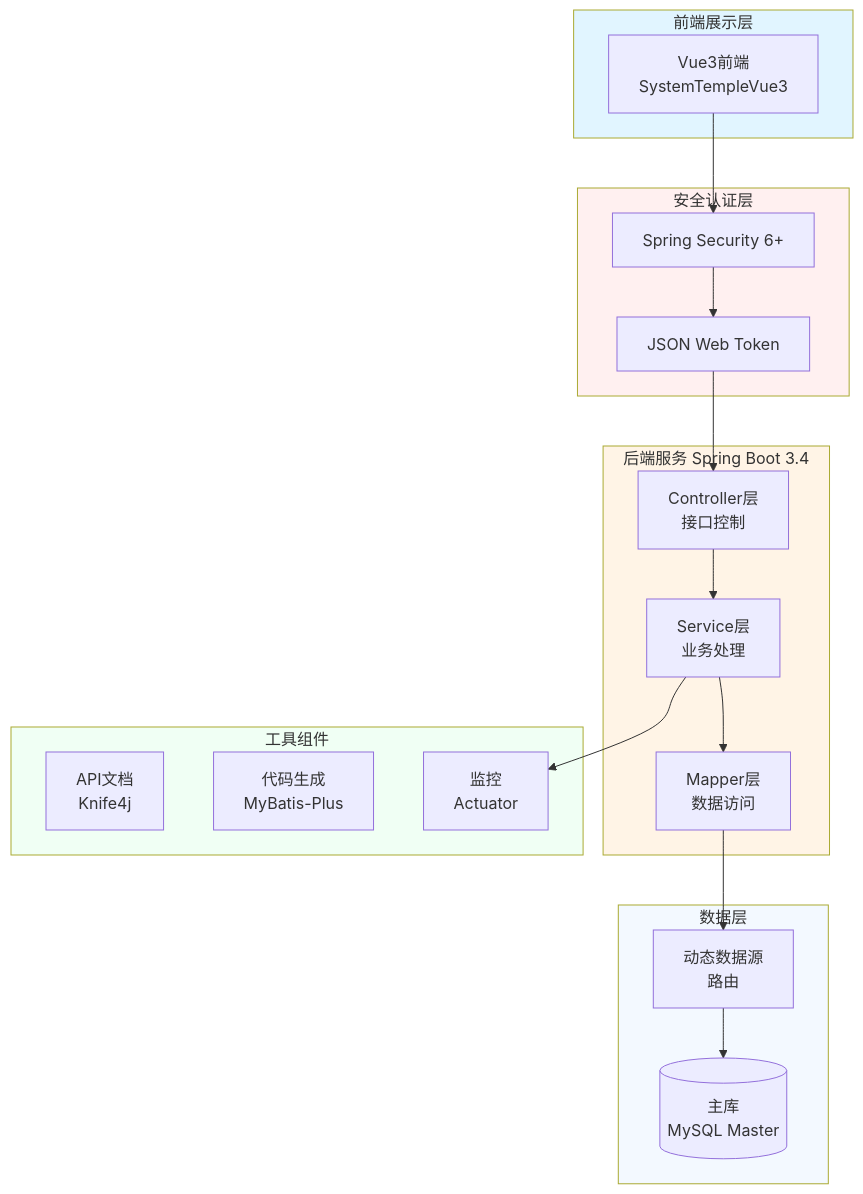
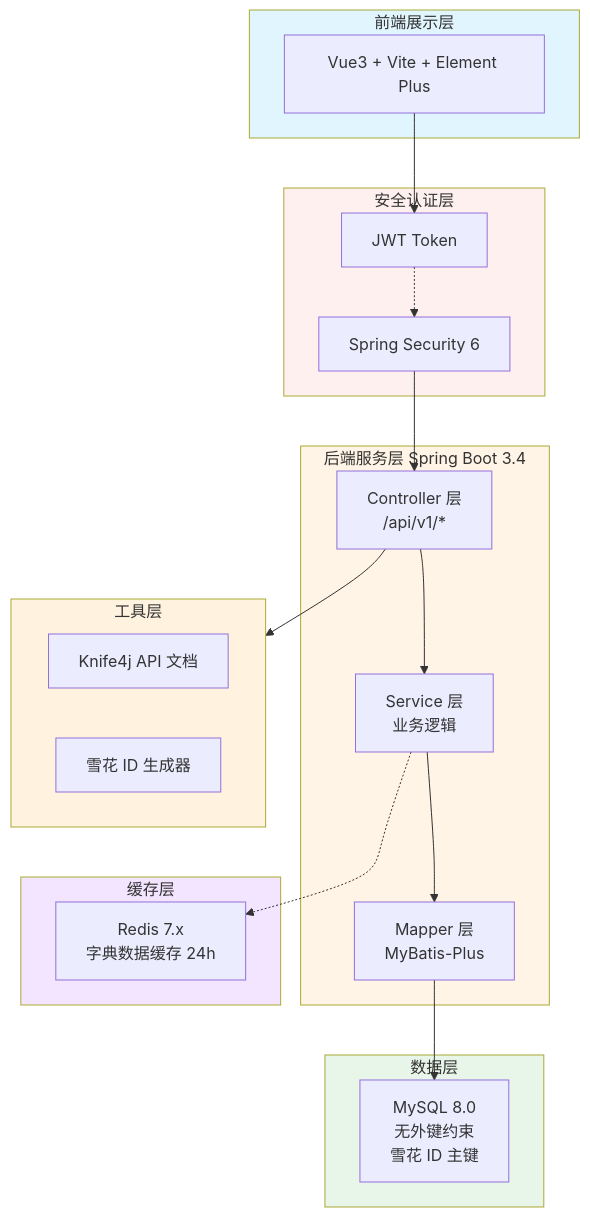
One commit to junwOpenSourceProjects/JOSP-SystemTempleJava changed the first of 2 diagrams in README.md. Above: the diagram before and after it, drawn with Mermaid. The commit also changed other lines of this file and 28 other files, not shown here.

````diff
--- a/README.md
+++ b/README.md
@@ -65,44 +22,47 @@
 ```mermaid
 graph TB
-    subgraph Frontend[前端展示层]
-        Vue3[Vue3前端<br/>SystemTempleVue3]
+    subgraph Frontend["前端展示层"]
+        Vue3["Vue3 + Vite + Element Plus"]
     end
-    
-    subgraph Security[安全认证层]
-        SpringSecurity[Spring Security 6+]
-        JWT[JSON Web Token]
+
+    subgraph Gateway["安全认证层"]
+        JWT["JWT Token"]
+        Security["Spring Security 6"]
     end
-    
-    subgraph Backend[后端服务 Spring Boot 3.4]
-        Controller[Controller层<br/>接口控制]
-        Service[Service层<br/>业务处理]
-        Mapper[Mapper层<br/>数据访问]
-        
+
+    subgraph Backend["后端服务层 Spring Boot 3.4"]
+        Controller["Controller 层<br/>/api/v1/*"]
+        Service["Service 层<br/>业务逻辑"]
+        Mapper["Mapper 层<br/>MyBatis-Plus"]
+
         Controller --> Service
         Service --> Mapper
     end
-    
-    subgraph Database[数据层]
-        Master[(主库<br/>MySQL Master)]
-        DynamicDS[动态数据源<br/>路由]
+
+    subgraph Cache["缓存层"]
+        Redis["Redis 7.x<br/>字典数据缓存 24h"]
     end
-    
-    subgraph Tools[工具组件]
-        Knife4j[API文档<br/>Knife4j]
-        Generator[代码生成<br/>MyBatis-Plus]
-        Monitor[监控<br/>Actuator]
+
+    subgraph Database["数据层"]
+        MySQL["MySQL 8.0<br/>无外键约束<br/>雪花 ID 主键"]
     end
-    
-    Vue3 --> SpringSecurity
-    SpringSecurity --> JWT
-    JWT --> Controller
-    DynamicDS --> Master
-    Mapper --> DynamicDS
-    Service --> Monitor
-    
+
+    subgraph Tools["工具层"]
+        Knife4j["Knife4j API 文档"]
+        Snowflake["雪花 ID 生成器"]
+    end
+
+    Vue3 --> JWT
+    JWT -.-> Security
+    Security --> Controller
+    Mapper --> MySQL
+    Service -.-> Redis
+    Controller --> Tools
+
     style Frontend fill:#e1f5ff
-    style Security fill:#fff0f0
+    style Gateway fill:#fff0f0
     style Backend fill:#fff4e6
-    style Database fill:#f3f9ff
-    style Tools fill:#f0fff4
+    style Cache fill:#f3e5ff
+    style Database fill:#e8f5e9
+    style Tools fill:#fff3e0
 ```
````
